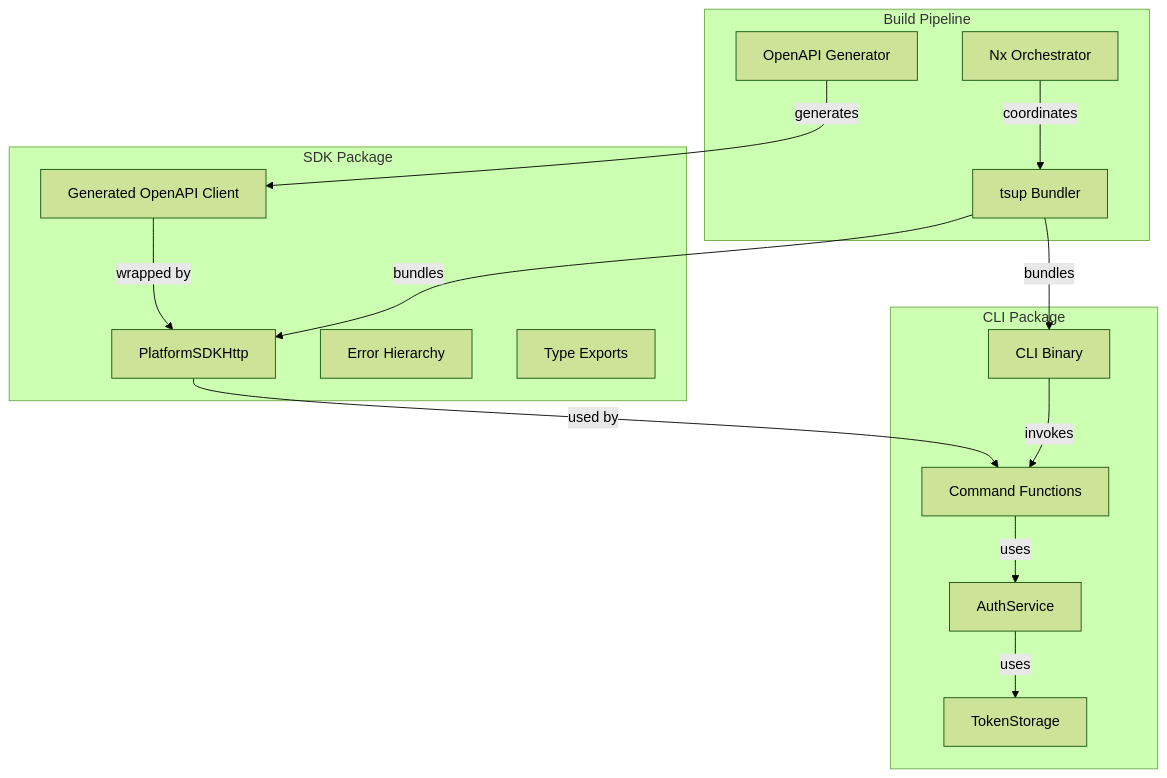
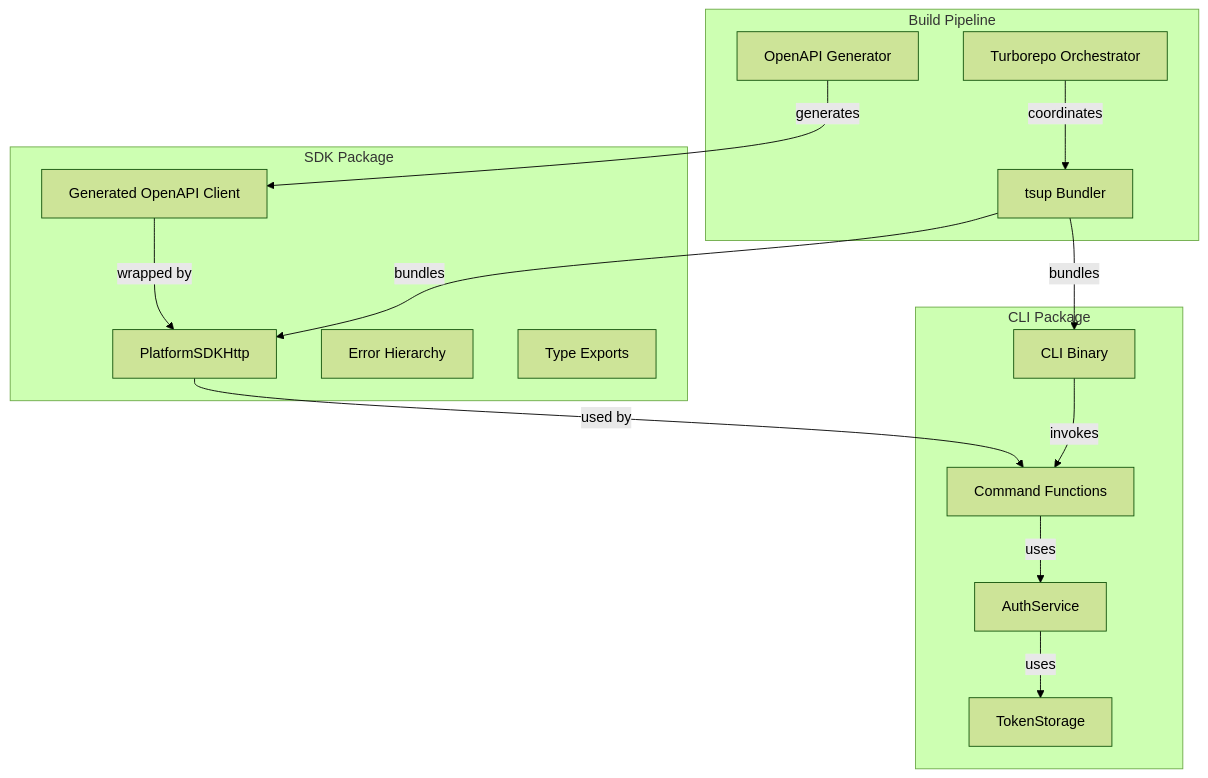
The second of 15 diagrams in docs/SOFTWARE_ARCHITECTURE.md (aignostics/typescript-sdk), drawn with Mermaid (forest theme) before and after one commit. The commit also changed other lines of this file and 20 other files, not shown here.

````diff
--- a/docs/SOFTWARE_ARCHITECTURE.md
+++ b/docs/SOFTWARE_ARCHITECTURE.md
@@ -140,33 +140,33 @@
 ```mermaid
 graph TB
     subgraph "SDK Package"
         SDK_MAIN[PlatformSDKHttp]
         SDK_GEN[Generated OpenAPI Client]
         SDK_ERR[Error Hierarchy]
         SDK_TYPES[Type Exports]
     end
     
     subgraph "CLI Package"
         CLI_BIN[CLI Binary]
         CLI_CMDS[Command Functions]
         CLI_AUTH[AuthService]
         CLI_STORAGE[TokenStorage]
     end
     
     subgraph "Build Pipeline"
         CODEGEN[OpenAPI Generator]
         TSUP[tsup Bundler]
-        NX[Nx Orchestrator]
+        TURBO[Turborepo Orchestrator]
     end
     
     CODEGEN -->|generates| SDK_GEN
     SDK_GEN -->|wrapped by| SDK_MAIN
     SDK_MAIN -->|used by| CLI_CMDS
     CLI_AUTH -->|uses| CLI_STORAGE
     CLI_CMDS -->|uses| CLI_AUTH
     CLI_BIN -->|invokes| CLI_CMDS
     
-    NX -->|coordinates| TSUP
+    TURBO -->|coordinates| TSUP
     TSUP -->|bundles| SDK_MAIN
     TSUP -->|bundles| CLI_BIN
 ```
````
